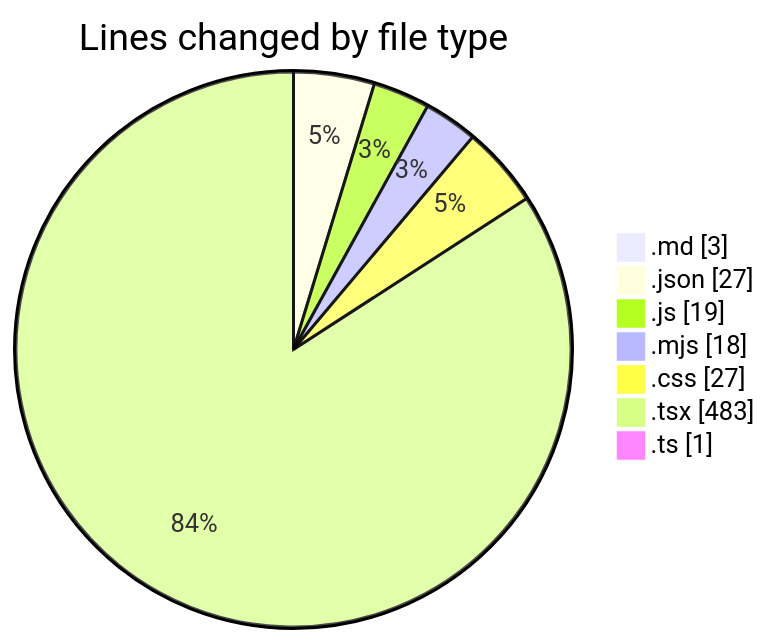
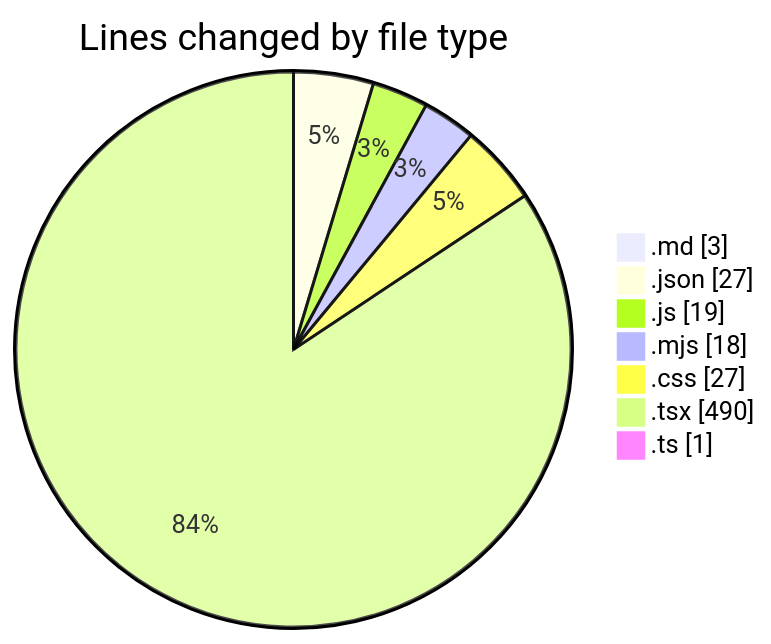
Before and after one commit to Ritupan-Deka/code-tracking: the first of 2 diagrams in 2025-06-18/scopesketch-app/README.md, drawn with Mermaid. The commit also changed other lines of this file and 1 other file, not shown here.

````diff
--- a/2025-06-18/scopesketch-app/README.md
+++ b/2025-06-18/scopesketch-app/README.md
@@ -27,11 +27,11 @@
 ```mermaid
 pie showData
 title Lines changed by file type
 ".md" : 3
 ".json" : 27
 ".js" : 19
 ".mjs" : 18
 ".css" : 27
-".tsx" : 483
+".tsx" : 490
 ".ts" : 1
 ```
````
